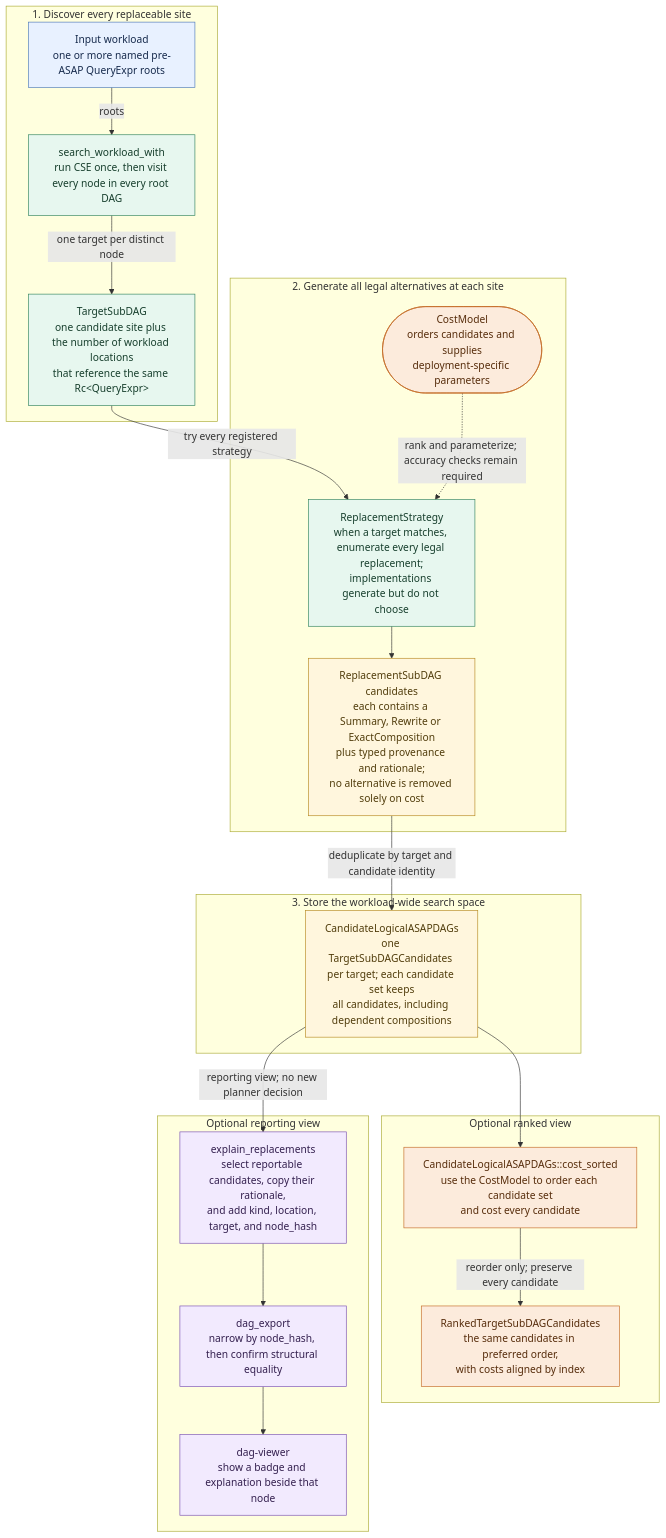
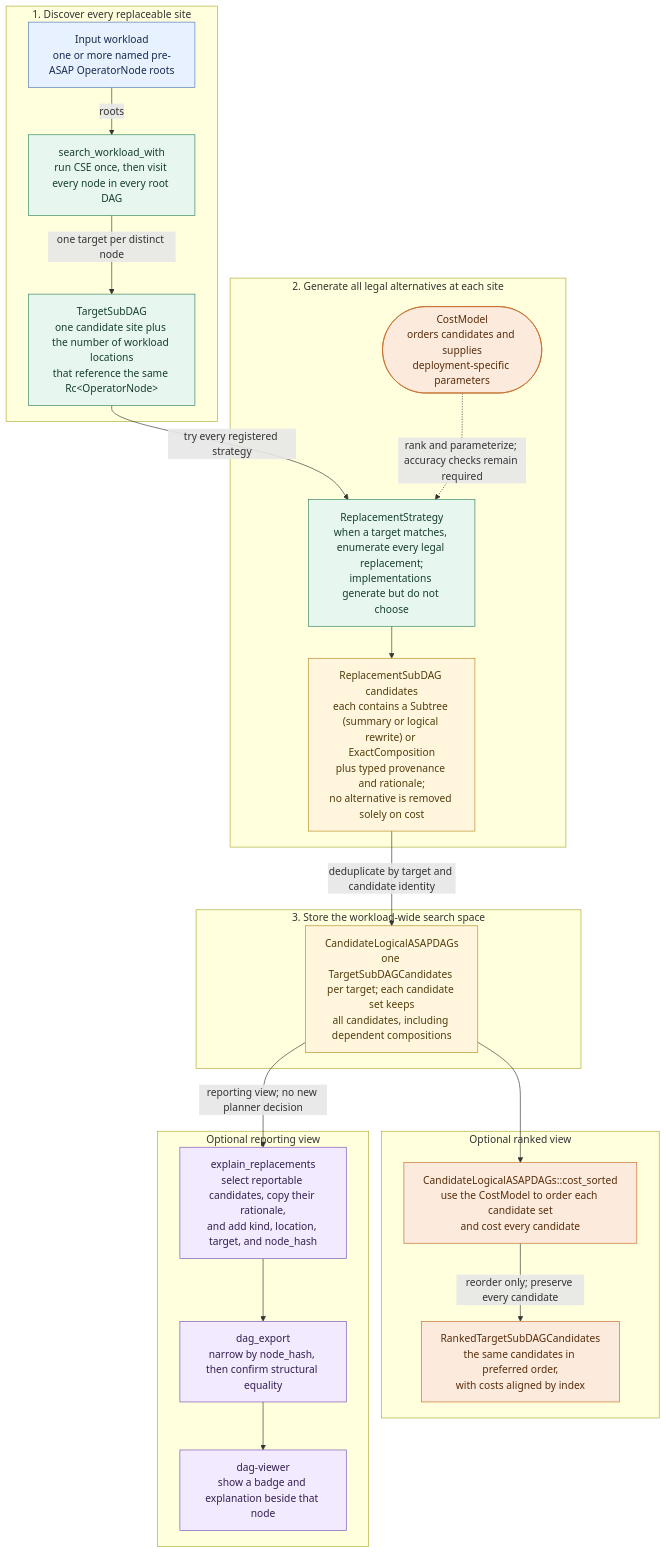
The first of 2 diagrams in docs/develop_docs/asap-aware-mapping-architecture.md (ProjectASAP/ASAPPlanner), drawn with Mermaid before and after one commit. The commit also changed other lines of this file and 72 other files, not shown here.

````diff
--- a/docs/develop_docs/asap-aware-mapping-architecture.md
+++ b/docs/develop_docs/asap-aware-mapping-architecture.md
@@ -80,41 +82,41 @@
 ```mermaid
 flowchart TB
   classDef input fill:#e8f1ff,stroke:#4b78b8,color:#172b4d
   classDef generate fill:#e7f7ef,stroke:#31835e,color:#173f2d
   classDef store fill:#fff6dd,stroke:#b78922,color:#513d0c
   classDef choose fill:#fcebdc,stroke:#c46a25,color:#572d0c
   classDef report fill:#f2eafe,stroke:#7950b3,color:#34204f
 
   subgraph DISCOVERY[1. Discover every replaceable site]
-    WL["Input workload<br/>one or more named pre-ASAP QueryExpr roots"]:::input
+    WL["Input workload<br/>one or more named pre-ASAP OperatorNode roots"]:::input
     SEARCH["search_workload_with<br/>run CSE once, then visit every node in every root DAG"]:::generate
-    TARGET["TargetSubDAG<br/>one candidate site plus the number of workload locations<br/>that reference the same Rc&lt;QueryExpr&gt;"]:::generate
+    TARGET["TargetSubDAG<br/>one candidate site plus the number of workload locations<br/>that reference the same Rc&lt;OperatorNode&gt;"]:::generate
     WL -->|"roots"| SEARCH -->|"one target per distinct node"| TARGET
   end
 
   subgraph GENERATION[2. Generate all legal alternatives at each site]
     STRATEGY["ReplacementStrategy<br/>when a target matches, enumerate every legal replacement;<br/>implementations generate but do not choose"]:::generate
-    CAND["ReplacementSubDAG candidates<br/>each contains a Summary, Rewrite or ExactComposition<br/>plus typed provenance and rationale;<br/>no alternative is removed solely on cost"]:::store
+    CAND["ReplacementSubDAG candidates<br/>each contains a Subtree (summary or logical rewrite) or ExactComposition<br/>plus typed provenance and rationale;<br/>no alternative is removed solely on cost"]:::store
     TARGET -->|"try every registered strategy"| STRATEGY --> CAND
     CM(["CostModel<br/>orders candidates and supplies<br/>deployment-specific parameters"]):::choose
     CM -. "rank and parameterize; accuracy checks remain required" .-> STRATEGY
   end
 
   subgraph SEARCHSPACE[3. Store the workload-wide search space]
     SPACE["CandidateLogicalASAPDAGs<br/>one TargetSubDAGCandidates per target; each candidate set keeps<br/>all candidates, including dependent compositions"]:::store
     CAND -->|"deduplicate by target and candidate identity"| SPACE
   end
 
   subgraph RANKING[Optional ranked view]
     SORT["CandidateLogicalASAPDAGs::cost_sorted<br/>use the CostModel to order each candidate set<br/>and cost every candidate"]:::choose
     RANKED["RankedTargetSubDAGCandidates<br/>the same candidates in preferred order,<br/>with costs aligned by index"]:::choose
     SPACE --> SORT -->|"reorder only; preserve every candidate"| RANKED
   end
 
   subgraph REPORTING[Optional reporting view]
     EXPLAIN["explain_replacements<br/>select reportable candidates, copy their rationale,<br/>and add kind, location, target, and node_hash"]:::report
     EXPORT["dag_export<br/>narrow by node_hash, then confirm structural equality"]:::report
     VIEWER["dag-viewer<br/>show a badge and explanation beside that node"]:::report
     SPACE -->|"reporting view; no new planner decision"| EXPLAIN --> EXPORT --> VIEWER
   end
 ```
````
